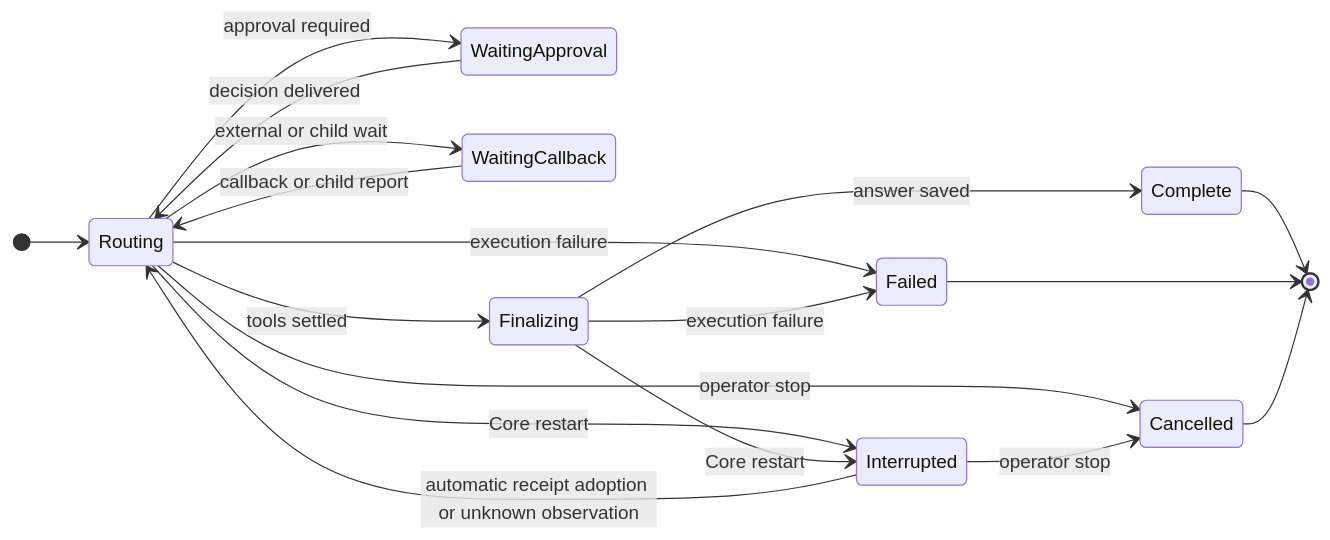
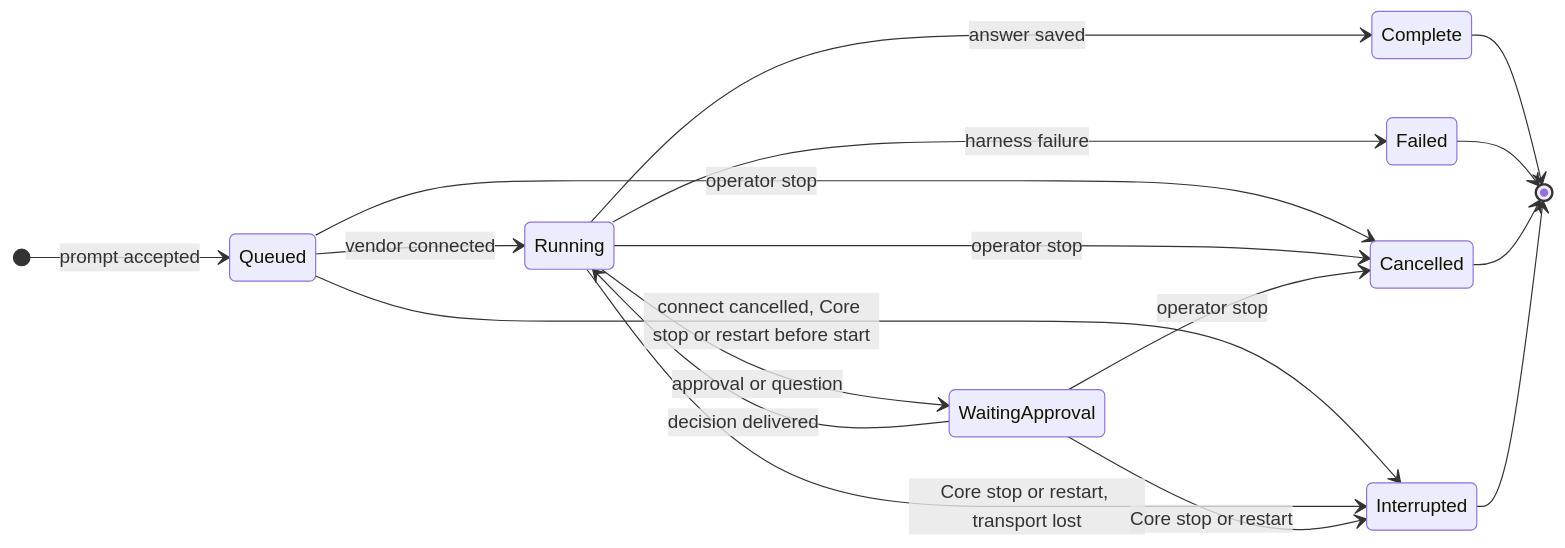
Before and after one commit to berylliumsec/nebula: the fifth of 6 diagrams in docs/design/execution-recovery-lifecycle.md, drawn with Mermaid. The commit also changed other lines of this file and 5 other files, not shown here.

````diff
--- a/docs/design/execution-recovery-lifecycle.md
+++ b/docs/design/execution-recovery-lifecycle.md
@@ -66,21 +319,20 @@
 ```mermaid
 stateDiagram-v2
     direction LR
-    [*] --> Routing
-    Routing --> WaitingApproval: approval required
-    Routing --> WaitingCallback: external or child wait
-    Routing --> Finalizing: tools settled
-    WaitingApproval --> Routing: decision delivered
-    WaitingCallback --> Routing: callback or child report
-    Finalizing --> Complete: answer saved
-    Routing --> Interrupted: Core restart
-    Finalizing --> Interrupted: Core restart
-    Interrupted --> Routing: automatic receipt adoption or unknown observation
-    Routing --> Failed: execution failure
-    Finalizing --> Failed: execution failure
-    Routing --> Cancelled: operator stop
-    Interrupted --> Cancelled: operator stop
+    [*] --> Queued: prompt accepted
+    Queued --> Running: vendor connected
+    Queued --> Interrupted: connect cancelled, Core stop or restart before start
+    Queued --> Cancelled: operator stop
+    Running --> WaitingApproval: approval or question
+    WaitingApproval --> Running: decision delivered
+    Running --> Complete: answer saved
+    Running --> Failed: harness failure
+    Running --> Interrupted: Core stop or restart, transport lost
+    WaitingApproval --> Interrupted: Core stop or restart
+    Running --> Cancelled: operator stop
+    WaitingApproval --> Cancelled: operator stop
     Complete --> [*]
     Failed --> [*]
     Cancelled --> [*]
+    Interrupted --> [*]
 ```
````
